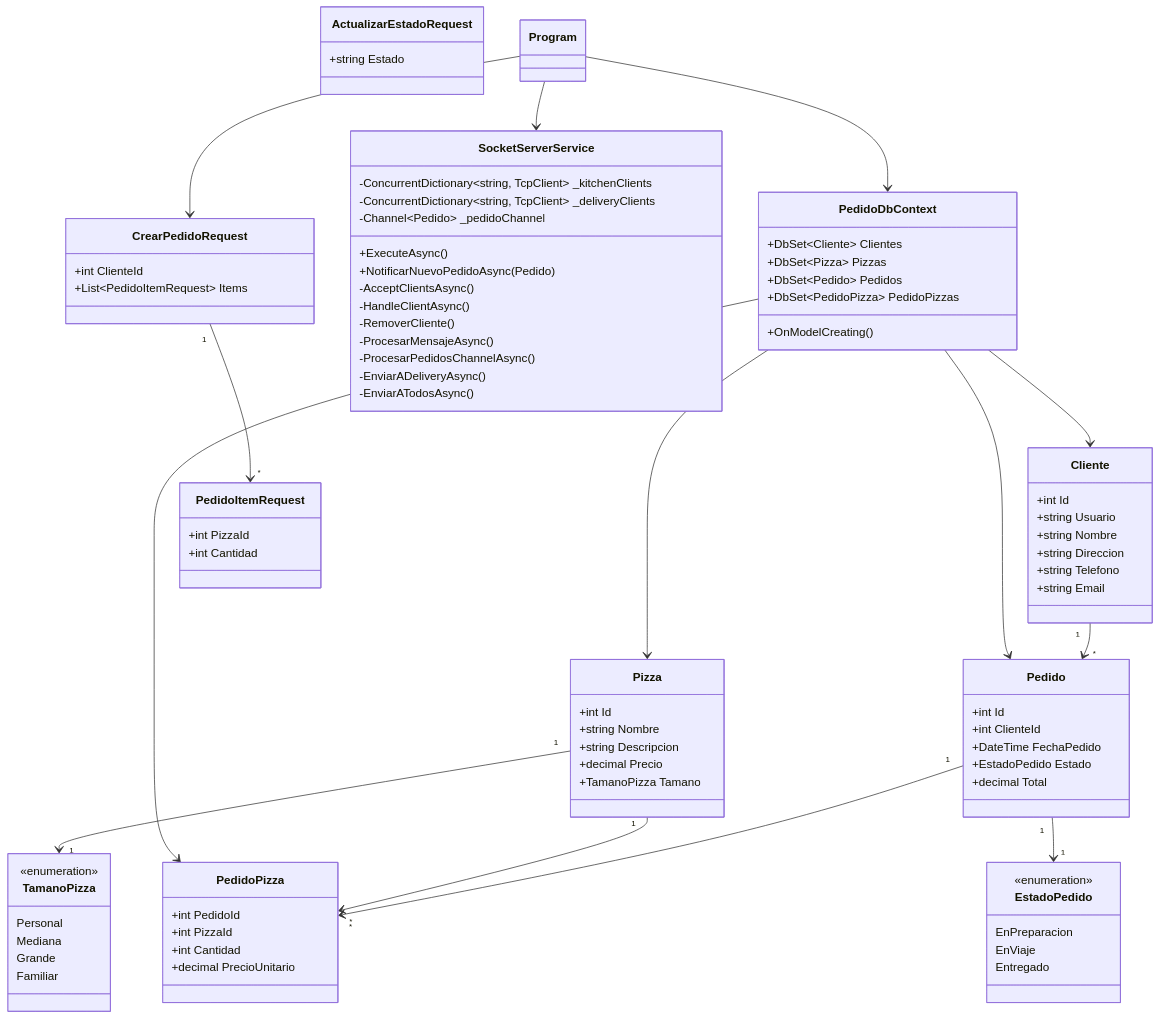
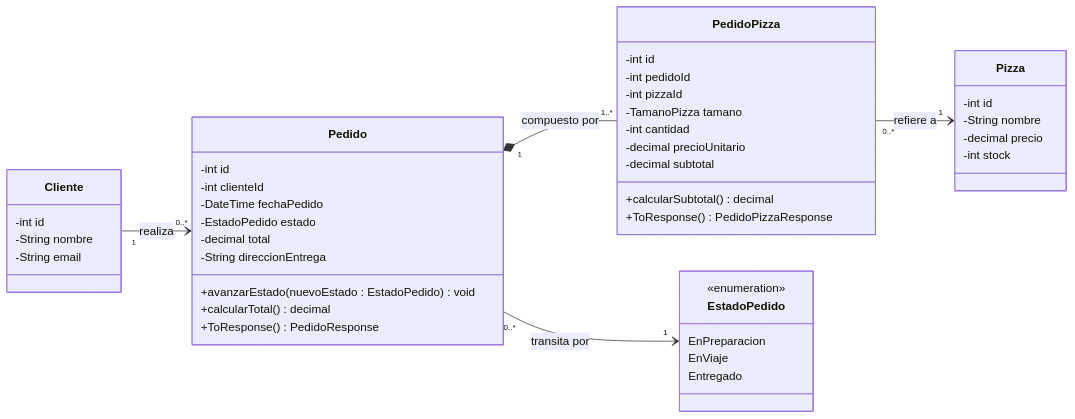
One commit to Darkops56/PSR-MinimalAPI changed the fourth of 6 diagrams in docs/DiagramaDeClases.md. Above: the diagram before and after it, drawn with Mermaid. The commit also changed other lines of this file and 54 other files, not shown here.

````diff
--- a/docs/DiagramaDeClases.md
+++ b/docs/DiagramaDeClases.md
@@ -5,36 +311,42 @@
 ```mermaid
 classDiagram
+    direction LR
+
     class Cliente {
-        +int Id
-        +string Usuario
-        +string Nombre
-        +string Direccion
-        +string Telefono
-        +string Email
+        -int id
+        -String nombre
+        -String email
+    }
+
+    class Pedido {
+        -int id
+        -int clienteId
+        -DateTime fechaPedido
+        -EstadoPedido estado
+        -decimal total
+        -String direccionEntrega
+        +avanzarEstado(nuevoEstado : EstadoPedido) void
+        +calcularTotal() decimal
+        +ToResponse() PedidoResponse
+    }
+
+    class PedidoPizza {
+        -int id
+        -int pedidoId
+        -int pizzaId
+        -TamanoPizza tamano
+        -int cantidad
+        -decimal precioUnitario
+        -decimal subtotal
+        +calcularSubtotal() decimal
+        +ToResponse() PedidoPizzaResponse
     }
 
     class Pizza {
-        +int Id
-        +string Nombre
-        +string Descripcion
-        +decimal Precio
-        +TamanoPizza Tamano
-    }
-
-    class TamanoPizza {
-        <<enumeration>>
-        Personal
-        Mediana
-        Grande
-        Familiar
-    }
-
-    class Pedido {
-        +int Id
-        +int ClienteId
-        +DateTime FechaPedido
-        +EstadoPedido Estado
-        +decimal Total
+        -int id
+        -String nombre
+        -decimal precio
+        -int stock
     }
 
     class EstadoPedido {
@@ -44,61 +356,8 @@
         Entregado
     }
 
-    class PedidoPizza {
-        +int PedidoId
-        +int PizzaId
-        +int Cantidad
-        +decimal PrecioUnitario
-    }
-
-    class PedidoDbContext {
-        +DbSet~Cliente~ Clientes
-        +DbSet~Pizza~ Pizzas
-        +DbSet~Pedido~ Pedidos
-        +DbSet~PedidoPizza~ PedidoPizzas
-        +OnModelCreating()
-    }
-
-    class SocketServerService {
-        -ConcurrentDictionary~string, TcpClient~ _kitchenClients
-        -ConcurrentDictionary~string, TcpClient~ _deliveryClients
-        -Channel~Pedido~ _pedidoChannel
-        +ExecuteAsync()
-        +NotificarNuevoPedidoAsync(Pedido)
-        -AcceptClientsAsync()
-        -HandleClientAsync()
-        -RemoverCliente()
-        -ProcesarMensajeAsync()
-        -ProcesarPedidosChannelAsync()
-        -EnviarADeliveryAsync()
-        -EnviarATodosAsync()
-    }
-
-    class CrearPedidoRequest {
-        +int ClienteId
-        +List~PedidoItemRequest~ Items
-    }
-
-    class PedidoItemRequest {
-        +int PizzaId
-        +int Cantidad
-    }
-
-    class ActualizarEstadoRequest {
-        +string Estado
-    }
-
-    Cliente "1" --> "*" Pedido
-    Pedido "1" --> "*" PedidoPizza
-    Pizza "1" --> "*" PedidoPizza
-    Pedido "1" --> "1" EstadoPedido
-    Pizza "1" --> "1" TamanoPizza
-    PedidoDbContext --> Cliente
-    PedidoDbContext --> Pizza
-    PedidoDbContext --> Pedido
-    PedidoDbContext --> PedidoPizza
-    Program --> PedidoDbContext
-    Program --> SocketServerService
-    Program --> CrearPedidoRequest
-    CrearPedidoRequest "1" --> "*" PedidoItemRequest
+    Cliente "1" --> "0..*" Pedido : realiza
+    Pedido "1" *-- "1..*" PedidoPizza : compuesto por
+    PedidoPizza "0..*" --> "1" Pizza : refiere a
+    Pedido "0..*" --> "1" EstadoPedido : transita por
 ```
````
